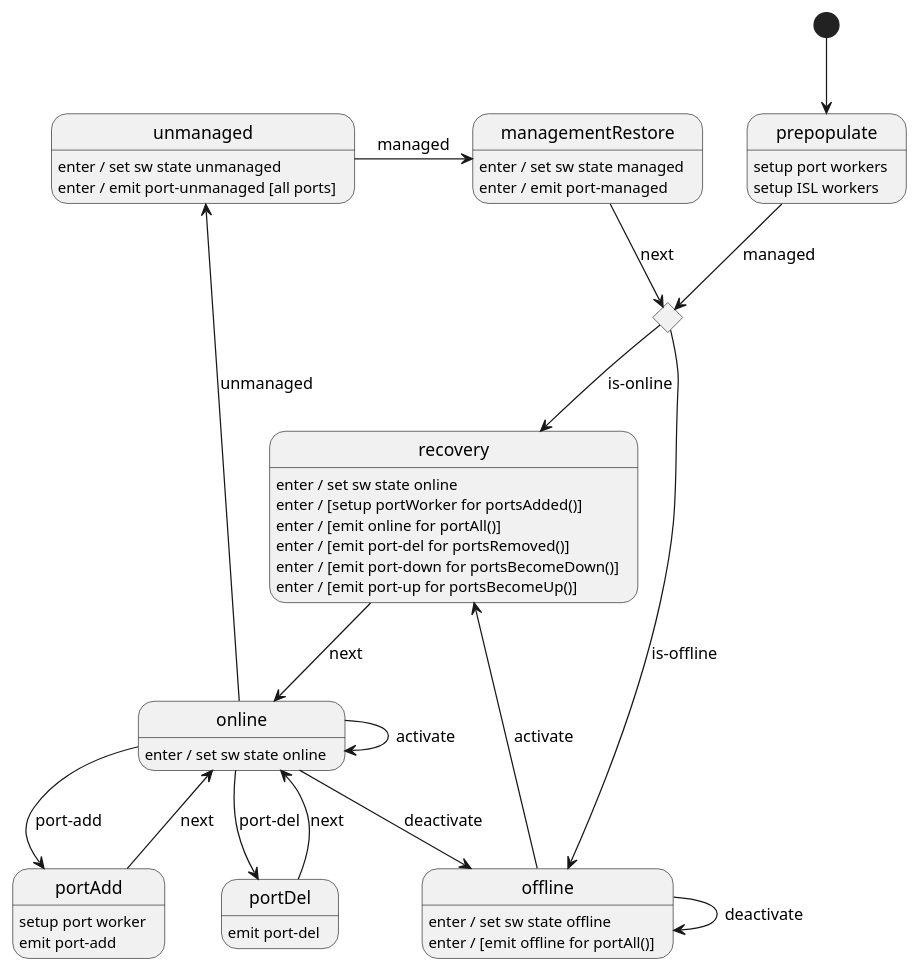
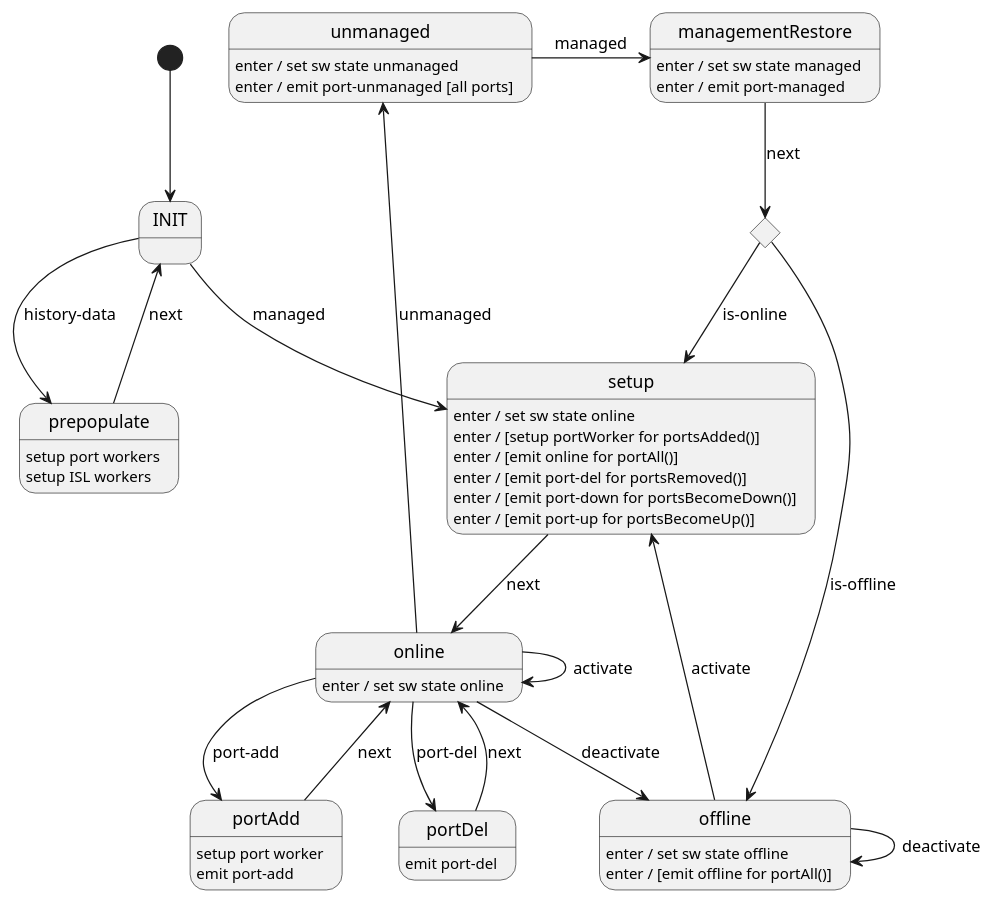
The diagram in docs/design/network-discovery/switch-FSM.puml (telstra/open-kilda), drawn with PlantUML before and after one commit.

```diff
--- a/docs/design/network-discovery/switch-FSM.puml
+++ b/docs/design/network-discovery/switch-FSM.puml
@@ -1,48 +1,51 @@
 @startuml
-[*] --> prepopulate
+[*] --> INIT
 
 state switchSync <<choice>>
 
+INIT --> prepopulate : history-data
+INIT --> setup : managed
+
 prepopulate : setup port workers
 prepopulate : setup ISL workers
-prepopulate --> switchSync : managed
+prepopulate --> INIT : next
 
-switchSync --> recovery : is-online
+switchSync --> setup : is-online
 switchSync --> offline : is-offline
 
-recovery : enter / set sw state online
-recovery : enter / [setup portWorker for portsAdded()]
-recovery : enter / [emit online for portAll()]
-recovery : enter / [emit port-del for portsRemoved()]
-recovery : enter / [emit port-down for portsBecomeDown()]
-recovery : enter / [emit port-up for portsBecomeUp()]
-recovery --> online : next
+setup : enter / set sw state online
+setup : enter / [setup portWorker for portsAdded()]
+setup : enter / [emit online for portAll()]
+setup : enter / [emit port-del for portsRemoved()]
+setup : enter / [emit port-down for portsBecomeDown()]
+setup : enter / [emit port-up for portsBecomeUp()]
+setup --> online : next
 
 online : enter / set sw state online
 online --> online : activate
 online --> offline : deactivate
 online --> portAdd : port-add
 online --> portDel : port-del
 online -u-> unmanaged : unmanaged
 
 portAdd : setup port worker
 portAdd : emit port-add
 portAdd --> online : next
 
 portDel : emit port-del
 portDel --> online : next
 
 offline : enter / set sw state offline
 offline : enter / [emit offline for portAll()]
-offline --> recovery : activate
+offline --> setup : activate
 offline --> offline : deactivate
 
 unmanaged : enter / set sw state unmanaged
 unmanaged : enter / emit port-unmanaged [all ports]
 unmanaged -r-> managementRestore : managed
 
 managementRestore : enter / set sw state managed
 managementRestore : enter / emit port-managed
 managementRestore --> switchSync : next
 
 @enduml
```
